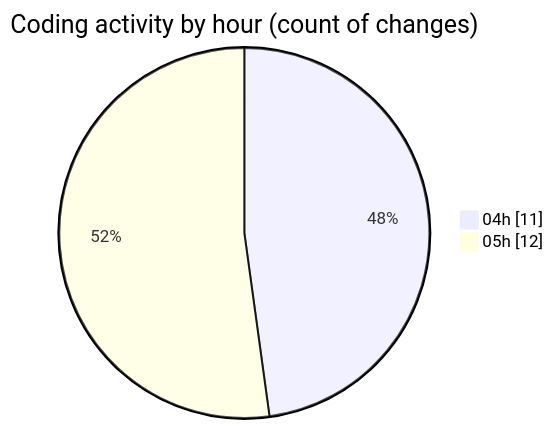
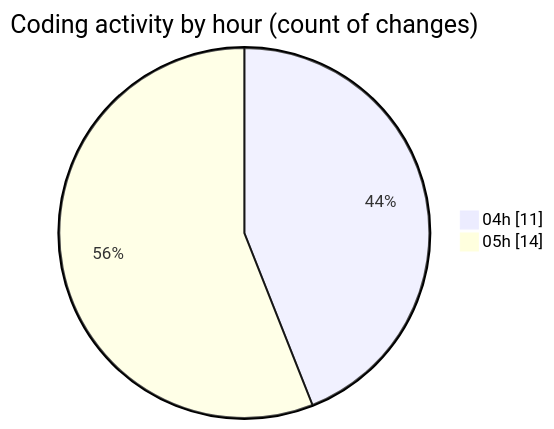
Before and after one commit to idhammustaqopulfikri/code-tracking: the second of 2 diagrams in 2025-03-27/autodidak/README.md, drawn with Mermaid. The commit also changed other lines of this file and 1 other file, not shown here.

````diff
--- a/2025-03-27/autodidak/README.md
+++ b/2025-03-27/autodidak/README.md
@@ -32,6 +32,6 @@
 ```mermaid
 pie showData
 title Coding activity by hour (count of changes)
 "04h" : 11
-"05h" : 12
+"05h" : 14
 ```
````
